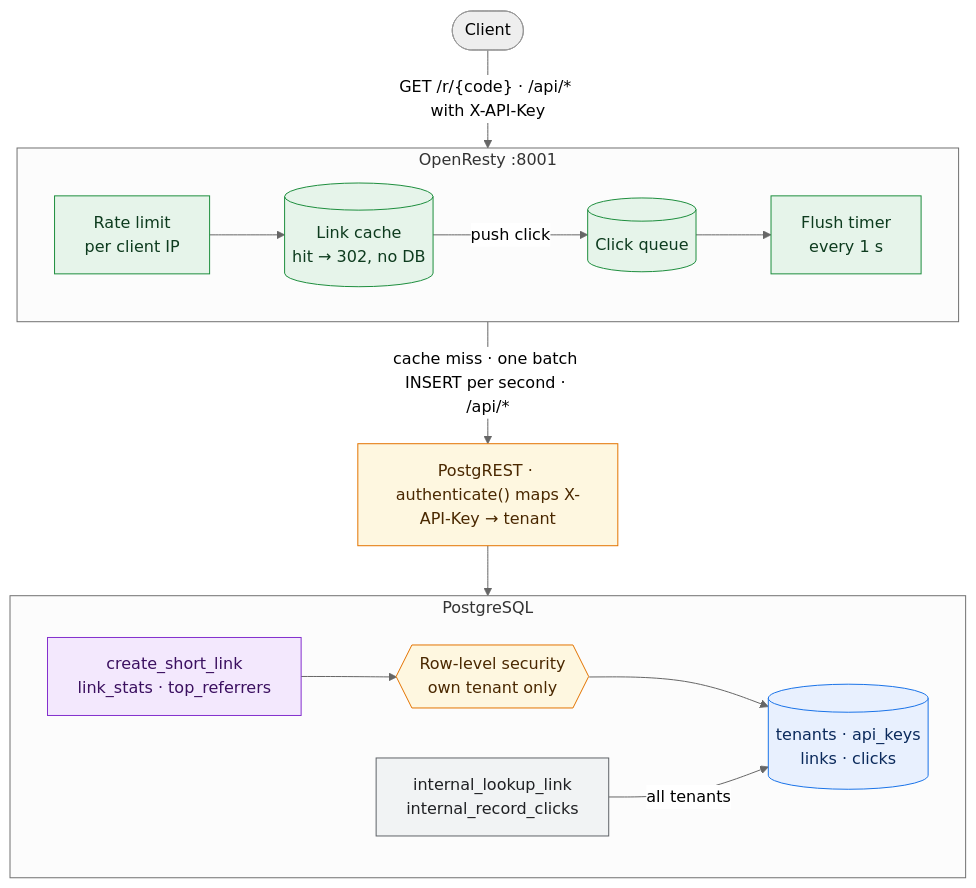
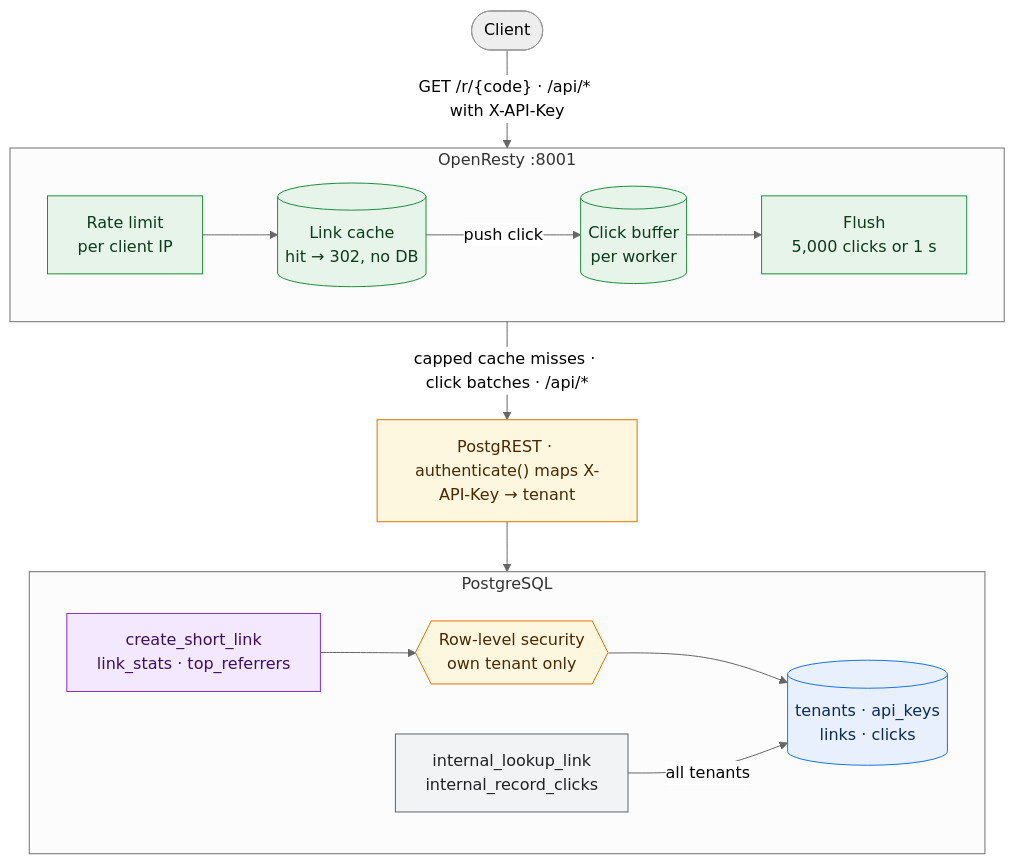
Before and after one commit to menezmethod/ref_pg: the first of 2 diagrams in README.md, drawn with Mermaid (neutral theme). The commit also changed other lines of this file and 16 other files, not shown here.

````diff
--- a/README.md
+++ b/README.md
@@ -5,33 +5,33 @@
 ```mermaid
 flowchart TB
     client(["Client"])
 
     subgraph edge["OpenResty :8001"]
         direction LR
         rl["Rate limit<br/>per client IP"] --> cache[("Link cache<br/>hit → 302, no DB")]
-        cache -->|push click| queue[("Click queue")] --> timer["Flush timer<br/>every 1 s"]
+        cache -->|push click| queue[("Click buffer<br/>per worker")] --> timer["Flush<br/>5,000 clicks or 1 s"]
     end
 
     rest["PostgREST · authenticate() maps X-API-Key → tenant"]
 
     subgraph db["PostgreSQL"]
         direction LR
         public["create_short_link<br/>link_stats · top_referrers"] --> rls{{"Row-level security<br/>own tenant only"}} --> data[("tenants · api_keys<br/>links · clicks")]
         internal["internal_lookup_link<br/>internal_record_clicks"] -->|all tenants| data
     end
 
     client -->|"GET /r/{code} · /api/* with X-API-Key"| edge
-    edge -->|"cache miss · one batch INSERT per second · /api/*"| rest
+    edge -->|"capped cache misses · click batches · /api/*"| rest
     rest --> db
 
     classDef hot fill:#e6f4ea,stroke:#1e8e3e,color:#0d3b1e
     classDef store fill:#e8f0fe,stroke:#1a73e8,color:#0b2a5c
     classDef guard fill:#fef7e0,stroke:#e37400,color:#4a2800
     class rl,cache,queue,timer hot
     class data store
     classDef api fill:#f3e8fd,stroke:#8430ce,color:#3b1060
     classDef internal fill:#f1f3f4,stroke:#5f6368,color:#202124
     class rls,rest guard
     class public api
     class internal internal
 ```
````
